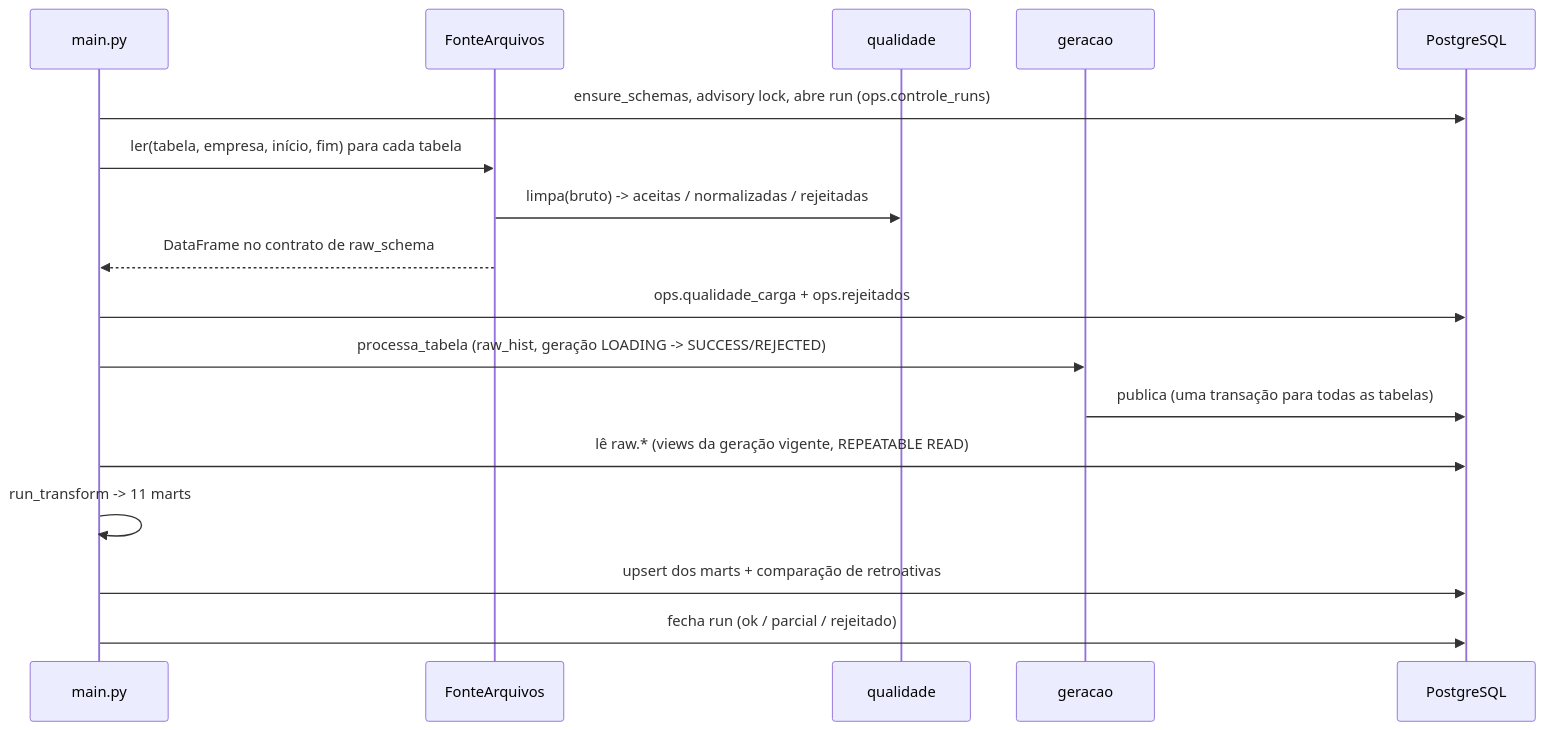
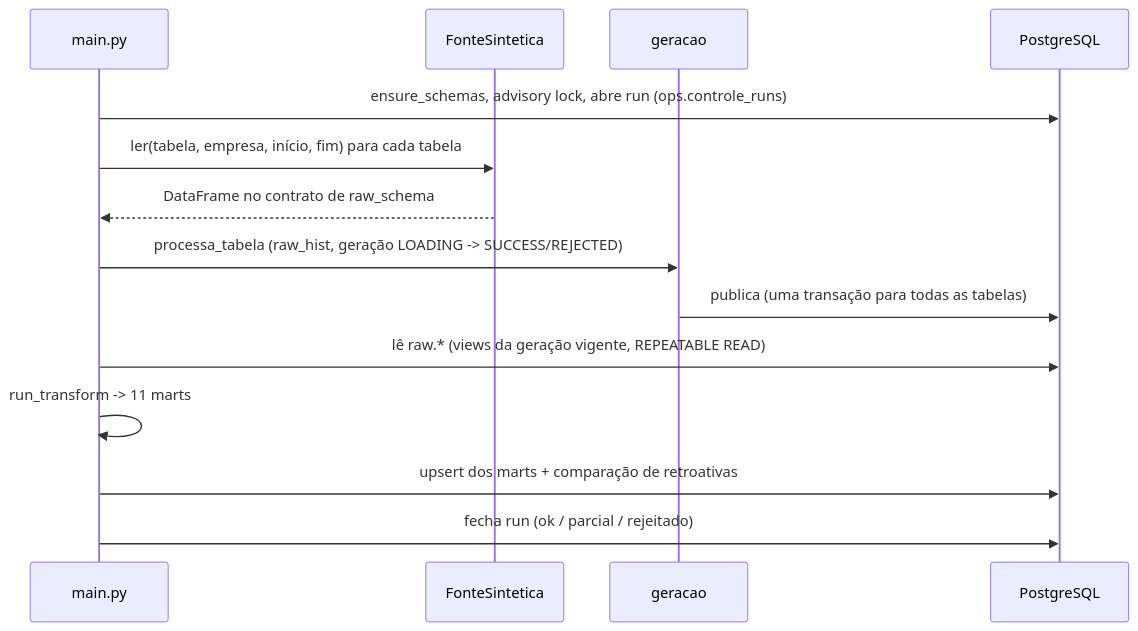
One commit to leirosjose/painel-contabil changed the diagram in docs/ARQUITETURA.md. Above: the diagram before and after it, drawn with Mermaid. The commit also changed other lines of this file and 9 other files, not shown here.

Commit message:
docs: readme novo, arquitetura da fonte sintetica e screenshots

````diff
--- a/docs/ARQUITETURA.md
+++ b/docs/ARQUITETURA.md
@@ -34,19 +35,16 @@
 ```mermaid
 sequenceDiagram
     participant M as main.py
-    participant F as FonteArquivos
-    participant Q as qualidade
+    participant F as FonteSintetica
     participant G as geracao
     participant DB as PostgreSQL
     M->>DB: ensure_schemas, advisory lock, abre run (ops.controle_runs)
     M->>F: ler(tabela, empresa, início, fim) para cada tabela
-    F->>Q: limpa(bruto) -> aceitas / normalizadas / rejeitadas
     F-->>M: DataFrame no contrato de raw_schema
-    M->>DB: ops.qualidade_carga + ops.rejeitados
     M->>G: processa_tabela (raw_hist, geração LOADING -> SUCCESS/REJECTED)
     G->>DB: publica (uma transação para todas as tabelas)
     M->>DB: lê raw.* (views da geração vigente, REPEATABLE READ)
     M->>M: run_transform -> 11 marts
     M->>DB: upsert dos marts + comparação de retroativas
     M->>DB: fecha run (ok / parcial / rejeitado)
 ```
````
